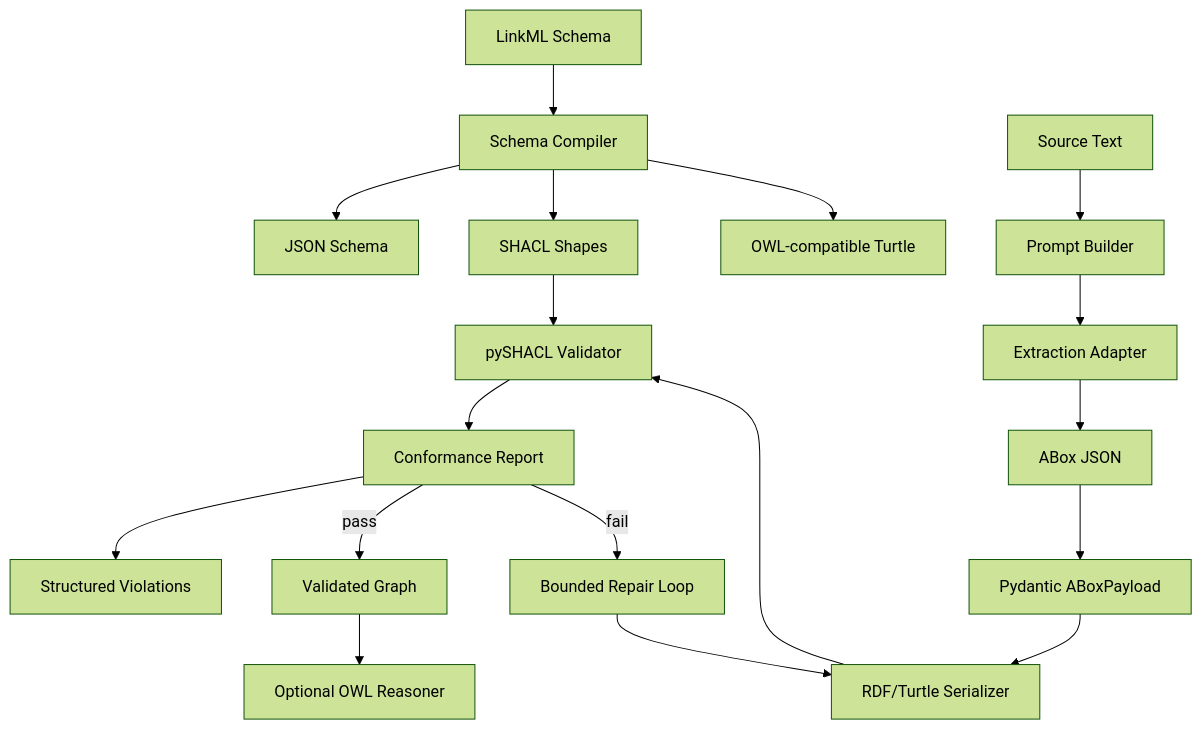
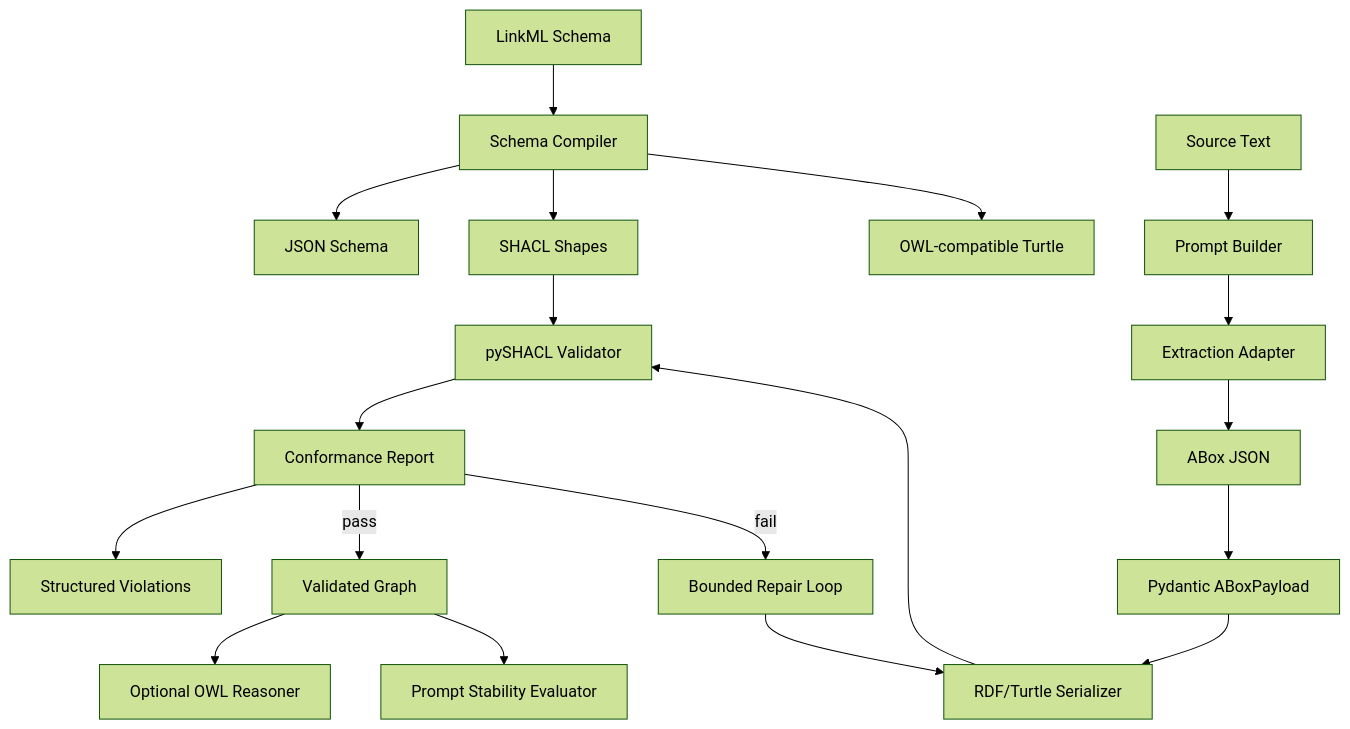
One commit to sinonchum/NeuroOntoGen changed the diagram in README.md. Above: the diagram before and after it, drawn with Mermaid (forest theme). The commit also changed other lines of this file and 6 other files, not shown here.

Commit message:
feat: add prompt stability evaluation

````diff
--- a/README.md
+++ b/README.md
@@ -70,23 +71,24 @@
 ```mermaid
 graph TB
     S[LinkML Schema] --> C[Schema Compiler]
     C --> JS[JSON Schema]
     C --> SH[SHACL Shapes]
     C --> OWL[OWL-compatible Turtle]
 
     TXT[Source Text] --> PR[Prompt Builder]
     PR --> EX[Extraction Adapter]
     EX --> JSON[ABox JSON]
     JSON --> P[Pydantic ABoxPayload]
 
     P --> RDF[RDF/Turtle Serializer]
     RDF --> V[pySHACL Validator]
     SH --> V
     V --> R[Conformance Report]
     R --> VR[Structured Violations]
 
     R -->|pass| OUT[Validated Graph]
     R -->|fail| REP[Bounded Repair Loop]
     REP --> RDF
     OUT --> OR[Optional OWL Reasoner]
+    OUT --> ST[Prompt Stability Evaluator]
 ```
````
